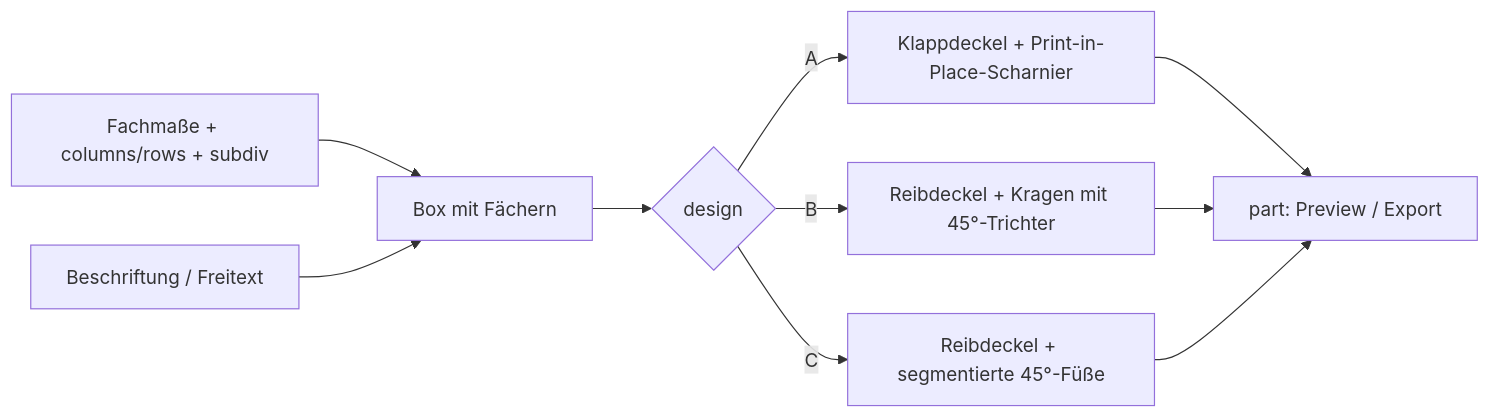
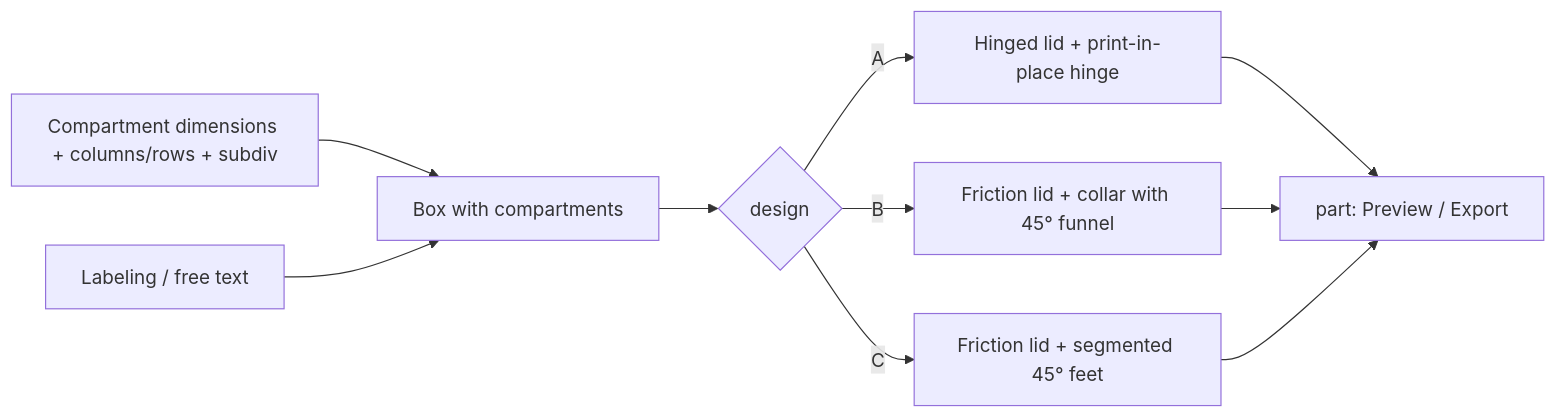
Before and after one commit to BetaHydri/parametric-cad-models: the diagram in models/parametric-pill-box/README.md, drawn with Mermaid. The commit also changed other lines of this file and 57 other files, not shown here.

````diff
--- a/models/parametric-pill-box/README.md
+++ b/models/parametric-pill-box/README.md
@@ -268,13 +267,13 @@
 ```mermaid
 flowchart LR
-    G[Fachmaße + columns/rows + subdiv] --> K[Box mit Fächern]
+    G[Compartment dimensions + columns/rows + subdiv] --> K[Box with compartments]
     D{design}
-    D -- A --> H[Klappdeckel + Print-in-Place-Scharnier]
-    D -- B --> C[Reibdeckel + Kragen mit 45°-Trichter]
-    D -- C --> F[Reibdeckel + segmentierte 45°-Füße]
+    D -- A --> H[Hinged lid + print-in-place hinge]
+    D -- B --> C[Friction lid + collar with 45° funnel]
+    D -- C --> F[Friction lid + segmented 45° feet]
     K --> D
-    L[Beschriftung / Freitext] --> K
+    L[Labeling / free text] --> K
     H --> O[part: Preview / Export]
     C --> O
     F --> O
 ```
````
